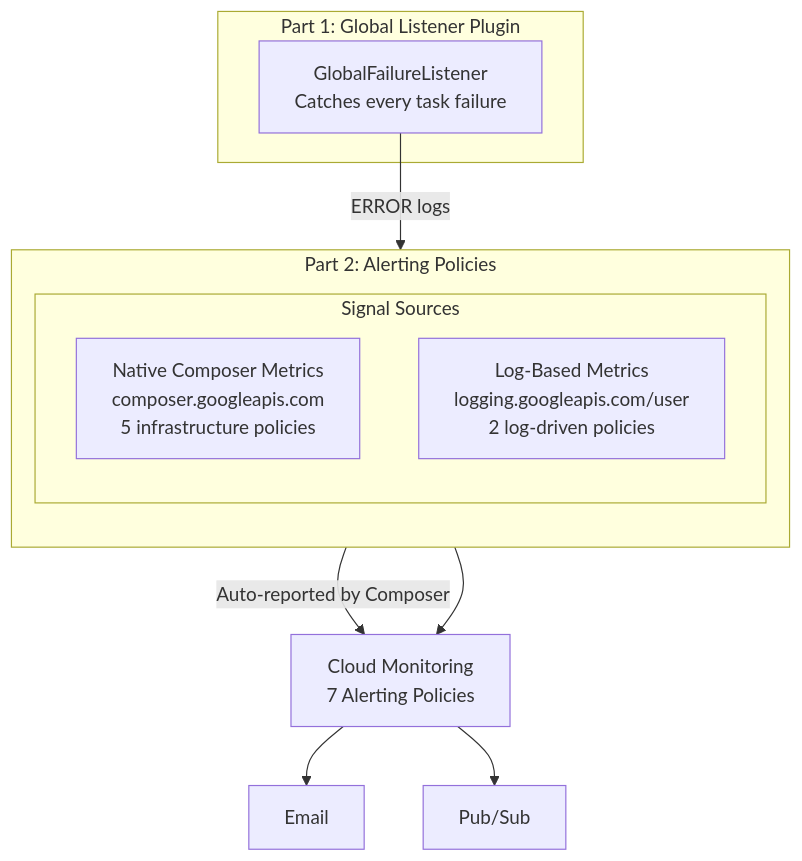
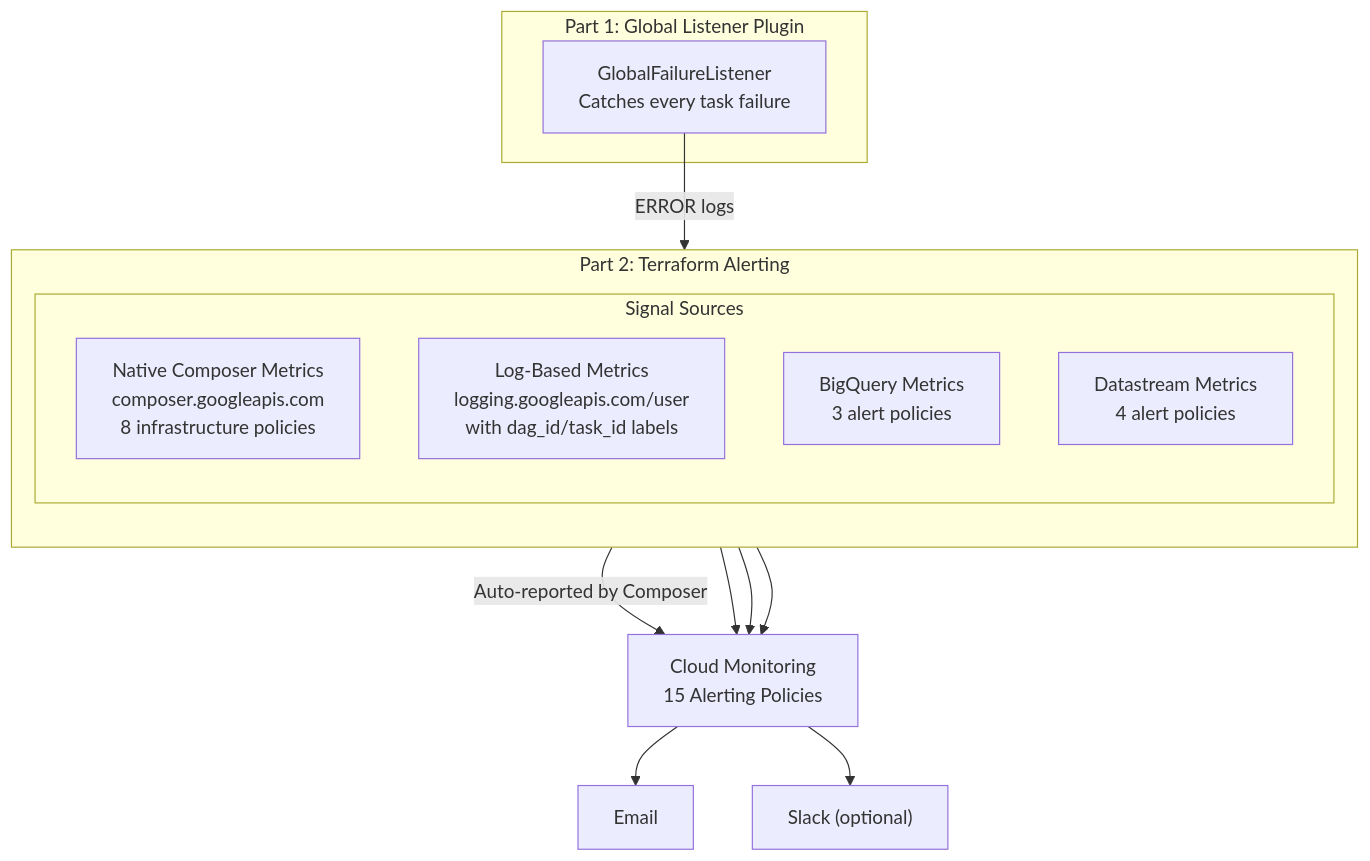
Before and after one commit to xavierprasetyo/data-analytics-monitoring-on-gcp: the fourth of 4 diagrams in docs/composer_monitoring_guide.md, drawn with Mermaid. The commit also changed other lines of this file and 24 other files, not shown here.

Commit message:
feat(monitoring): add zombie task count scorecard to Composer health dashboard and reset chaos_error_rate to 30

````diff
--- a/docs/composer_monitoring_guide.md
+++ b/docs/composer_monitoring_guide.md
@@ -232,20 +232,24 @@
 ```mermaid
 flowchart TB
     subgraph part1["Part 1: Global Listener Plugin"]
         GL["GlobalFailureListener\nCatches every task failure"]
     end
 
-    subgraph part2["Part 2: Alerting Policies"]
+    subgraph part2["Part 2: Terraform Alerting"]
         direction TB
         subgraph metrics["Signal Sources"]
-            Native["Native Composer Metrics\ncomposer.googleapis.com\n5 infrastructure policies"]
-            LogBased["Log-Based Metrics\nlogging.googleapis.com/user\n2 log-driven policies"]
+            Native["Native Composer Metrics\ncomposer.googleapis.com\n8 infrastructure policies"]
+            LogBased["Log-Based Metrics\nlogging.googleapis.com/user\nwith dag_id/task_id labels"]
+            BQ["BigQuery Metrics\n3 alert policies"]
+            DS["Datastream Metrics\n4 alert policies"]
         end
     end
 
     GL -->|"ERROR logs"| LogBased
     Native -->|"Auto-reported by Composer"| Alerts
-    LogBased --> Alerts["Cloud Monitoring\n7 Alerting Policies"]
+    LogBased --> Alerts["Cloud Monitoring\n15 Alerting Policies"]
+    BQ --> Alerts
+    DS --> Alerts
     Alerts --> Email["Email"]
-    Alerts --> PubSub["Pub/Sub"]
+    Alerts --> Slack["Slack (optional)"]
 ```
````
